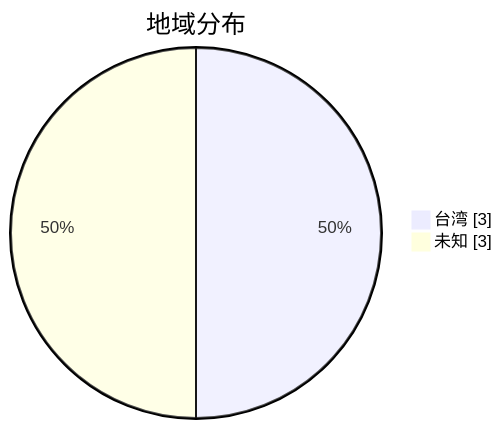
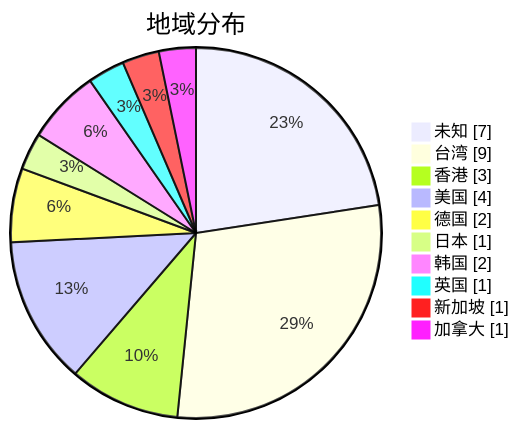
One commit to sinspired/airport changed the second of 3 diagrams in subs/statistics/tested_within.md. Above: the diagram before and after it, drawn with Mermaid. The commit also changed other lines of this file and 2 other files, not shown here.

Commit message:
Committed by metaST

````diff
--- a/subs/statistics/tested_within.md
+++ b/subs/statistics/tested_within.md
@@ -8,6 +9,14 @@
 ```mermaid
 pie showData
 title 地域分布
-"台湾" : 3
-"未知" : 3
+"未知" : 7
+"台湾" : 9
+"香港" : 3
+"美国" : 4
+"德国" : 2
+"日本" : 1
+"韩国" : 2
+"英国" : 1
+"新加坡" : 1
+"加拿大" : 1
 ```
````
